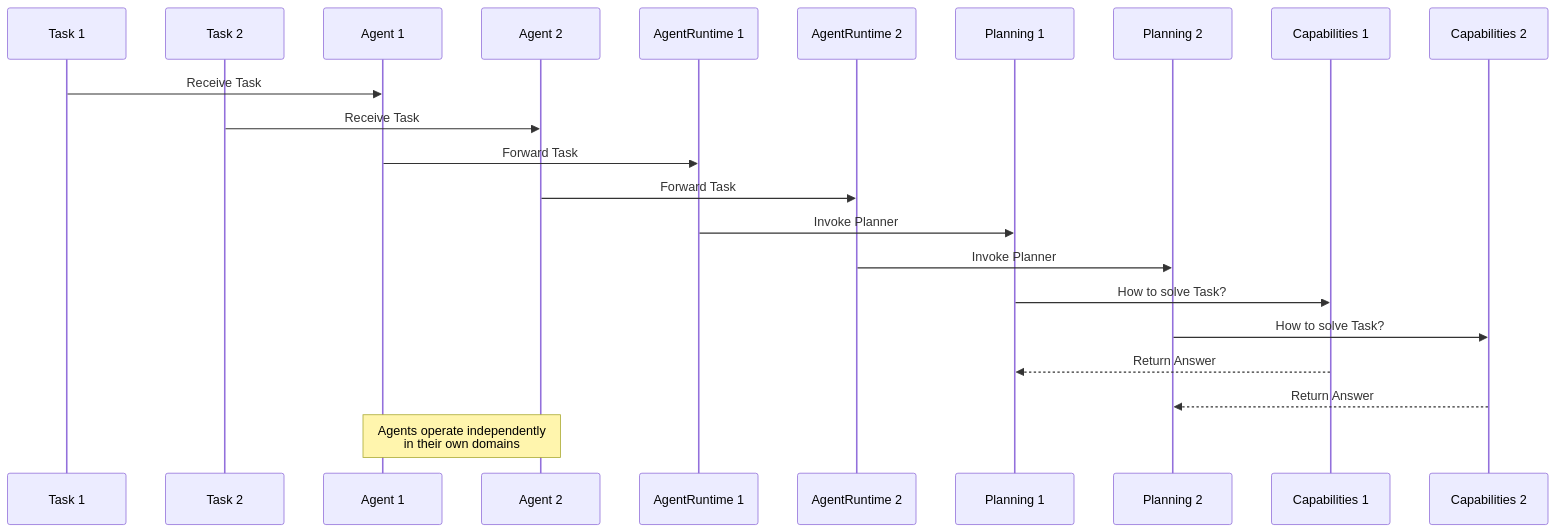
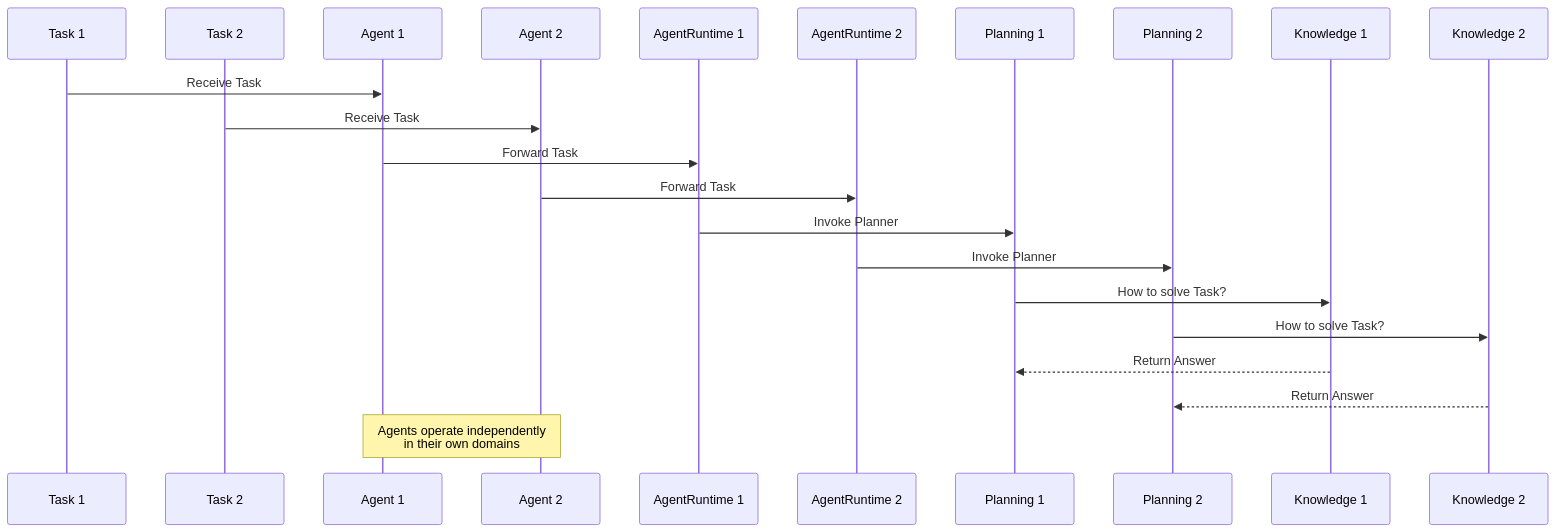
Before and after one commit to aitomatic/dana: the sixth of 9 diagrams in opendxa/README.md, drawn with Mermaid. The commit also changed other lines of this file and 26 other files, not shown here.

First line of the commit message:
Refactor OpenDXA architecture and enhance documentation

````diff
--- a/opendxa/README.md
+++ b/opendxa/README.md
@@ -158,25 +293,25 @@
 ```mermaid
 sequenceDiagram
     participant T1 as Task 1
     participant T2 as Task 2
     participant A1 as Agent 1
     participant A2 as Agent 2
     participant AR1 as AgentRuntime 1
     participant AR2 as AgentRuntime 2
     participant P1 as Planning 1
     participant P2 as Planning 2
-    participant C1 as Capabilities 1
-    participant C2 as Capabilities 2
+    participant K1 as Knowledge 1
+    participant K2 as Knowledge 2
 
     T1->>A1: Receive Task
     T2->>A2: Receive Task
     A1->>AR1: Forward Task
     A2->>AR2: Forward Task
     AR1->>P1: Invoke Planner
     AR2->>P2: Invoke Planner
-    P1->>C1: How to solve Task?
-    P2->>C2: How to solve Task?
-    C1-->>P1: Return Answer
-    C2-->>P2: Return Answer
+    P1->>K1: How to solve Task?
+    P2->>K2: How to solve Task?
+    K1-->>P1: Return Answer
+    K2-->>P2: Return Answer
     Note over A1,A2: Agents operate independently<br/>in their own domains
 ```
````
